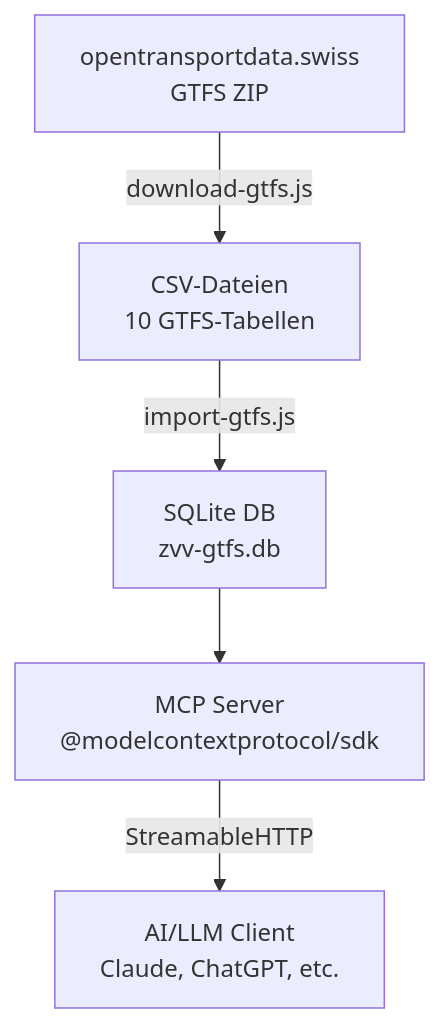
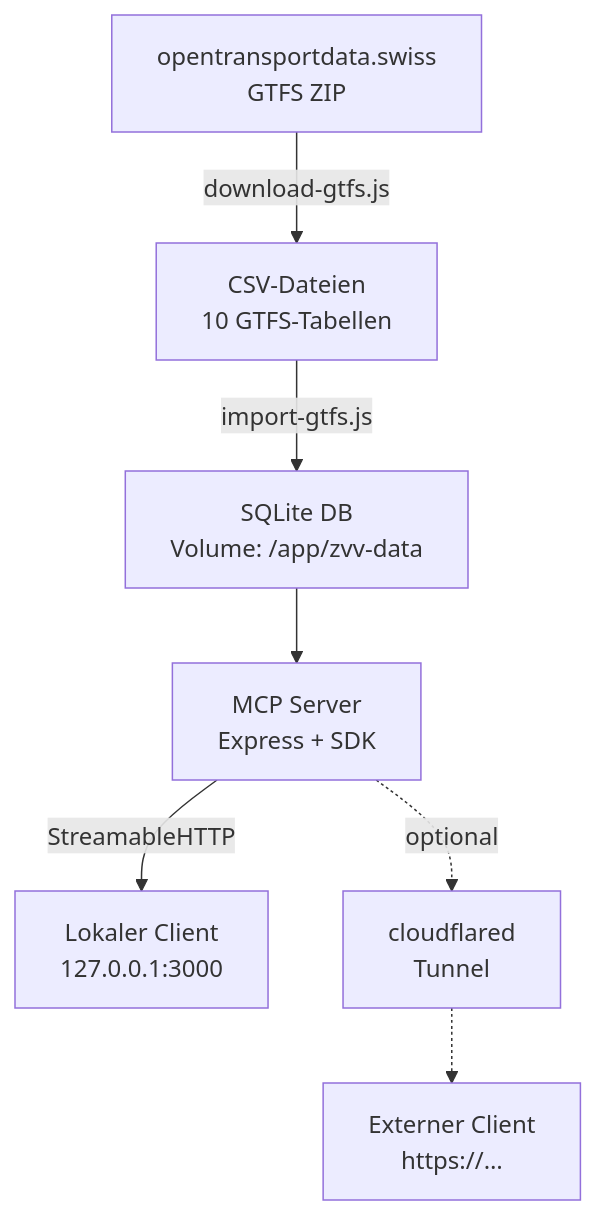
One commit to zvvch/zvv-mcp-gtfs changed the diagram in README.md. Above: the diagram before and after it, drawn with Mermaid. The commit also changed other lines of this file and 15 other files, not shown here.

````diff
--- a/README.md
+++ b/README.md
@@ -11,7 +13,9 @@
 ```mermaid
 flowchart TD
     GTFS["opentransportdata.swiss<br/>GTFS ZIP"] -->|download-gtfs.js| CSV["CSV-Dateien<br/>10 GTFS-Tabellen"]
-    CSV -->|import-gtfs.js| DB["SQLite DB<br/>zvv-gtfs.db"]
-    DB --> MCP["MCP Server<br/>@modelcontextprotocol/sdk"]
-    MCP -->|StreamableHTTP| Client["AI/LLM Client<br/>Claude, ChatGPT, etc."]
+    CSV -->|import-gtfs.js| DB["SQLite DB<br/>Volume: /app/zvv-data"]
+    DB --> MCP["MCP Server<br/>Express + SDK"]
+    MCP -->|StreamableHTTP| Local["Lokaler Client<br/>127.0.0.1:3000"]
+    MCP -.->|optional| CF["cloudflared<br/>Tunnel"]
+    CF -.-> Remote["Externer Client<br/>https://…"]
 ```
````
